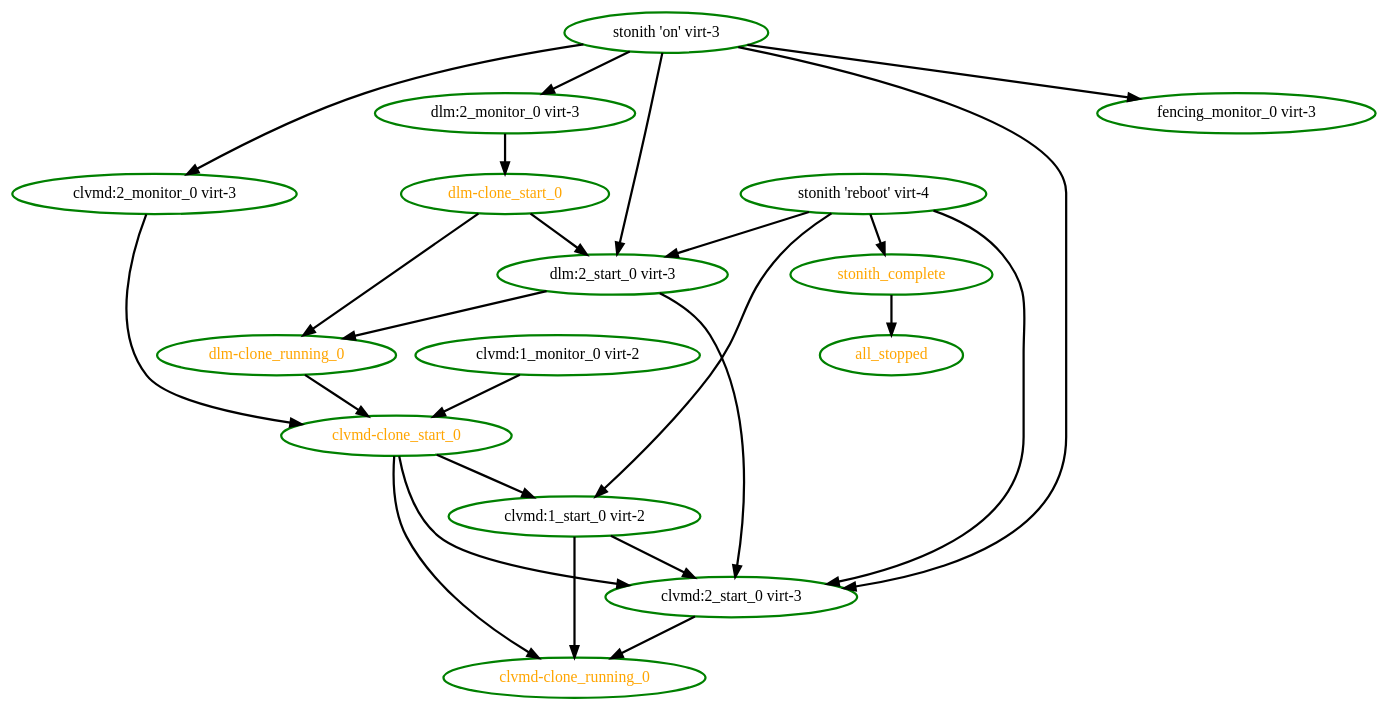
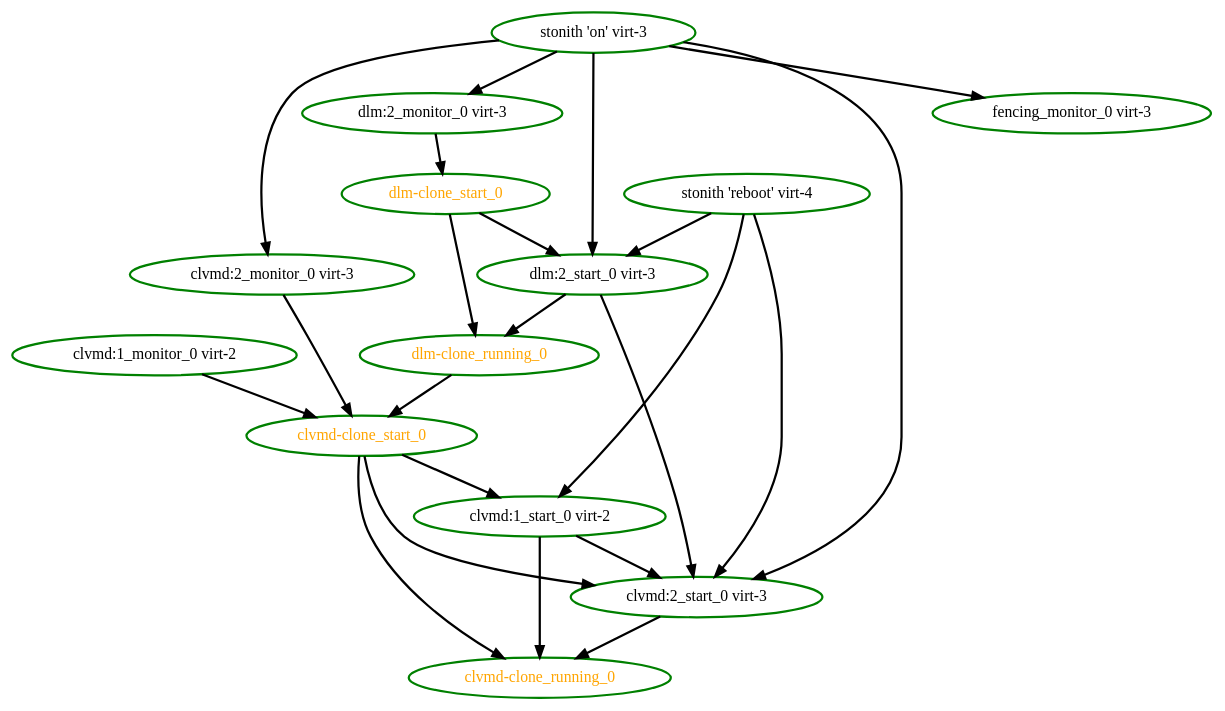
The diagram in cts/scheduler/unfence-startup.dot (ClusterLabs/pacemaker), drawn with Graphviz before and after one commit. The commit also changed 1440 other files, not shown here.

Commit message:
Test: scheduler: update tests for all_stopped/stonith_complete removal

```diff
--- a/cts/scheduler/unfence-startup.dot
+++ b/cts/scheduler/unfence-startup.dot
@@ -1,41 +1,37 @@
 digraph "g" {
-"all_stopped" [ style=bold color="green" fontcolor="orange"]
 "clvmd-clone_running_0" [ style=bold color="green" fontcolor="orange"]
 "clvmd-clone_start_0" -> "clvmd-clone_running_0" [ style = bold]
 "clvmd-clone_start_0" -> "clvmd:1_start_0 virt-2" [ style = bold]
 "clvmd-clone_start_0" -> "clvmd:2_start_0 virt-3" [ style = bold]
 "clvmd-clone_start_0" [ style=bold color="green" fontcolor="orange"]
 "clvmd:1_monitor_0 virt-2" -> "clvmd-clone_start_0" [ style = bold]
 "clvmd:1_monitor_0 virt-2" [ style=bold color="green" fontcolor="black"]
 "clvmd:1_start_0 virt-2" -> "clvmd-clone_running_0" [ style = bold]
 "clvmd:1_start_0 virt-2" -> "clvmd:2_start_0 virt-3" [ style = bold]
 "clvmd:1_start_0 virt-2" [ style=bold color="green" fontcolor="black"]
 "clvmd:2_monitor_0 virt-3" -> "clvmd-clone_start_0" [ style = bold]
 "clvmd:2_monitor_0 virt-3" [ style=bold color="green" fontcolor="black"]
 "clvmd:2_start_0 virt-3" -> "clvmd-clone_running_0" [ style = bold]
 "clvmd:2_start_0 virt-3" [ style=bold color="green" fontcolor="black"]
 "dlm-clone_running_0" -> "clvmd-clone_start_0" [ style = bold]
 "dlm-clone_running_0" [ style=bold color="green" fontcolor="orange"]
 "dlm-clone_start_0" -> "dlm-clone_running_0" [ style = bold]
 "dlm-clone_start_0" -> "dlm:2_start_0 virt-3" [ style = bold]
 "dlm-clone_start_0" [ style=bold color="green" fontcolor="orange"]
 "dlm:2_monitor_0 virt-3" -> "dlm-clone_start_0" [ style = bold]
 "dlm:2_monitor_0 virt-3" [ style=bold color="green" fontcolor="black"]
 "dlm:2_start_0 virt-3" -> "clvmd:2_start_0 virt-3" [ style = bold]
 "dlm:2_start_0 virt-3" -> "dlm-clone_running_0" [ style = bold]
 "dlm:2_start_0 virt-3" [ style=bold color="green" fontcolor="black"]
 "fencing_monitor_0 virt-3" [ style=bold color="green" fontcolor="black"]
 "stonith 'on' virt-3" -> "clvmd:2_monitor_0 virt-3" [ style = bold]
 "stonith 'on' virt-3" -> "clvmd:2_start_0 virt-3" [ style = bold]
 "stonith 'on' virt-3" -> "dlm:2_monitor_0 virt-3" [ style = bold]
 "stonith 'on' virt-3" -> "dlm:2_start_0 virt-3" [ style = bold]
 "stonith 'on' virt-3" -> "fencing_monitor_0 virt-3" [ style = bold]
 "stonith 'on' virt-3" [ style=bold color="green" fontcolor="black"]
 "stonith 'reboot' virt-4" -> "clvmd:1_start_0 virt-2" [ style = bold]
 "stonith 'reboot' virt-4" -> "clvmd:2_start_0 virt-3" [ style = bold]
 "stonith 'reboot' virt-4" -> "dlm:2_start_0 virt-3" [ style = bold]
-"stonith 'reboot' virt-4" -> "stonith_complete" [ style = bold]
 "stonith 'reboot' virt-4" [ style=bold color="green" fontcolor="black"]
-"stonith_complete" -> "all_stopped" [ style = bold]
-"stonith_complete" [ style=bold color="green" fontcolor="orange"]
 }
```
